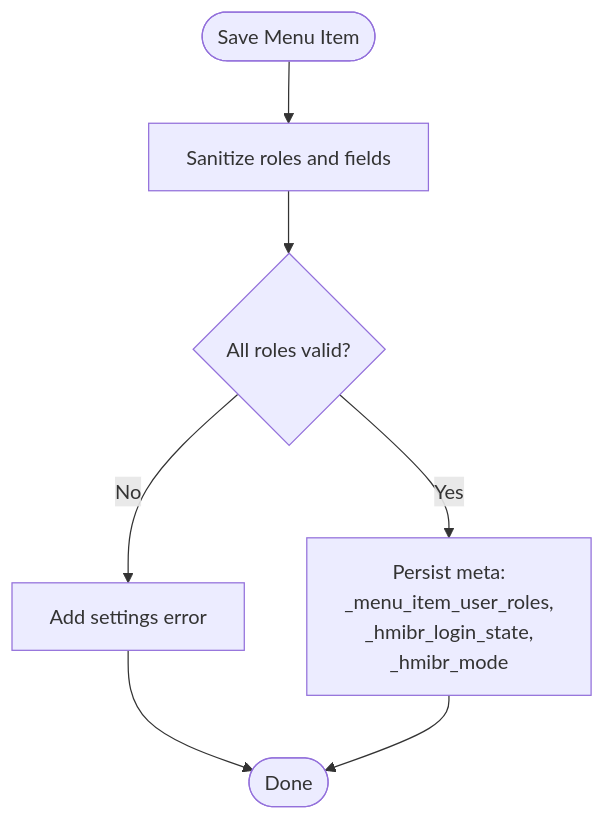
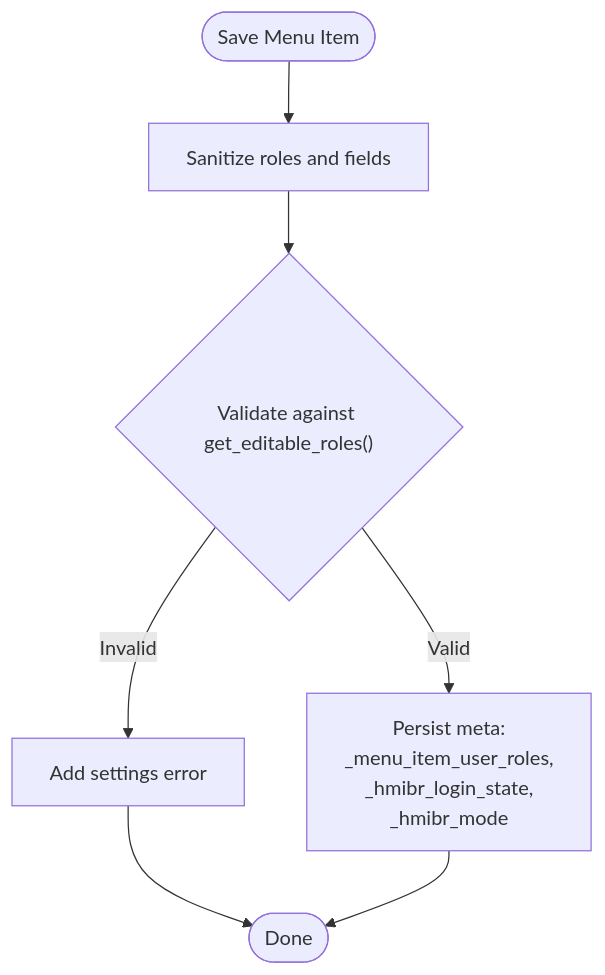
One commit to mahfuzurwp/hide-menu-items-by-role changed the fifth of 7 diagrams in .qoder/repowiki/en/content/Features Guide/Role-Based Menu Visibility.md. Above: the diagram before and after it, drawn with Mermaid. The commit also changed other lines of this file and 8 other files, not shown here.

````diff
--- a/.qoder/repowiki/en/content/Features Guide/Role-Based Menu Visibility.md
+++ b/.qoder/repowiki/en/content/Features Guide/Role-Based Menu Visibility.md
@@ -189,9 +196,9 @@
 ```mermaid
 flowchart TD
 Start(["Save Menu Item"]) --> Sanitize["Sanitize roles and fields"]
-Sanitize --> ValidateRoles{"All roles valid?"}
-ValidateRoles --> |No| AddError["Add settings error"]
-ValidateRoles --> |Yes| Persist["Persist meta:<br/>_menu_item_user_roles,<br/>_hmibr_login_state,<br/>_hmibr_mode"]
+Sanitize --> ValidateRoles{"Validate against get_editable_roles()"}
+ValidateRoles --> |Invalid| AddError["Add settings error"]
+ValidateRoles --> |Valid| Persist["Persist meta:<br/>_menu_item_user_roles,<br/>_hmibr_login_state,<br/>_hmibr_mode"]
 AddError --> End(["Done"])
 Persist --> End
 ```
````
